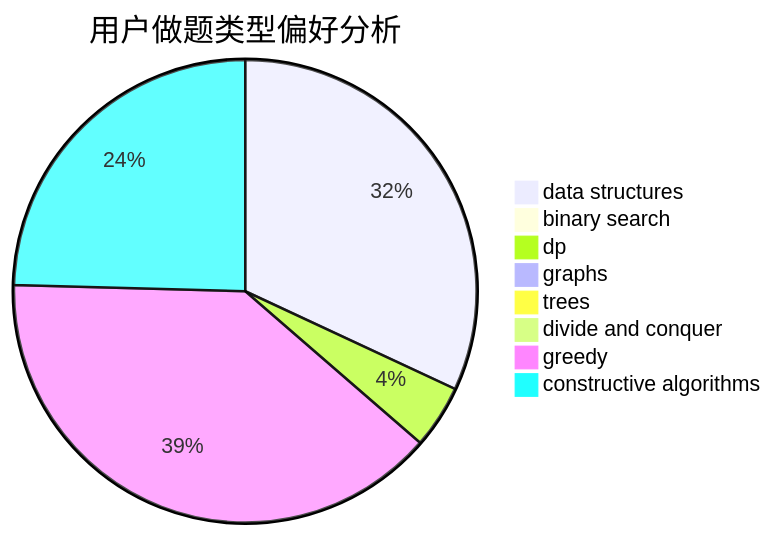
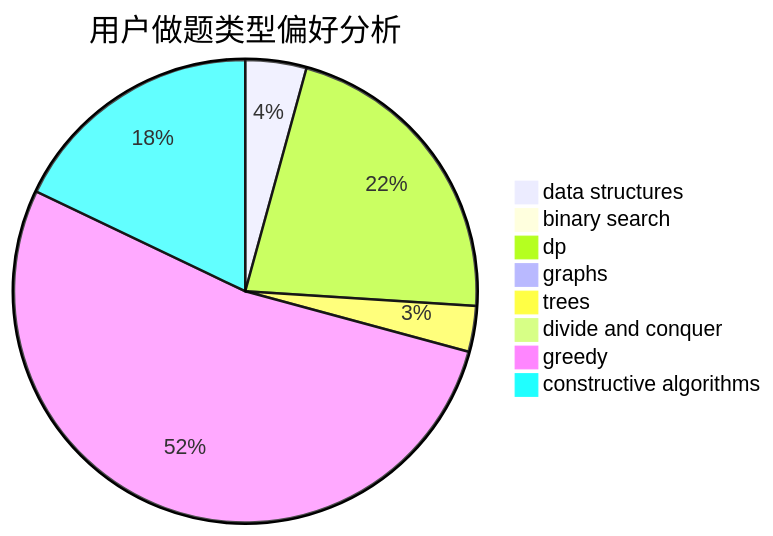
One commit to sherpahu/cfrs.github.io changed the second of 3 diagrams in docs/user/u2085.md. Above: the diagram before and after it, drawn with Mermaid. The commit also changed other lines of this file and 2770 other files, not shown here.

````diff
--- a/docs/user/u2085.md
+++ b/docs/user/u2085.md
@@ -23,11 +23,11 @@
 ```mermaid
 pie title 用户做题类型偏好分析
-    "data structures" :  130
-    "binary search" :  1
-    "dp" :  18
-    "graphs" :  3
-    "trees" :  0
-    "divide and conquer" :  0
-    "greedy" :  159
-    "constructive algorithms" :  100
+    "data structures" :  20
+    "binary search" :  3
+    "dp" :  102
+    "graphs" :  0
+    "trees" :  15
+    "divide and conquer" :  1
+    "greedy" :  248
+    "constructive algorithms" :  84
 ```
````
